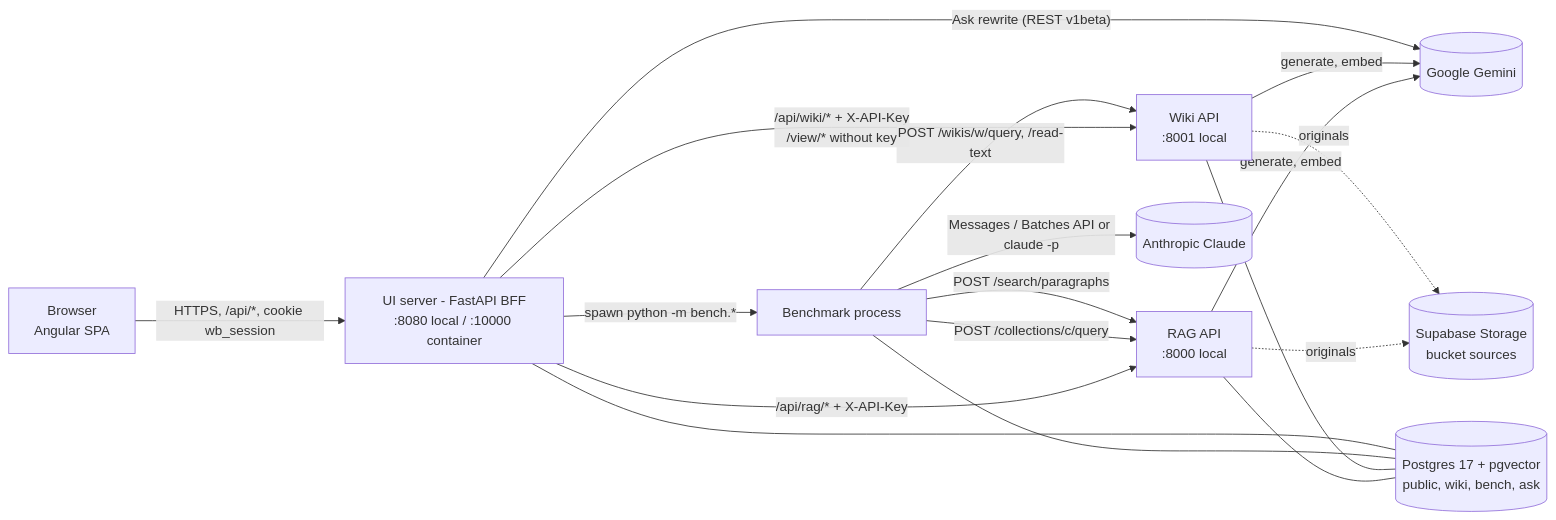
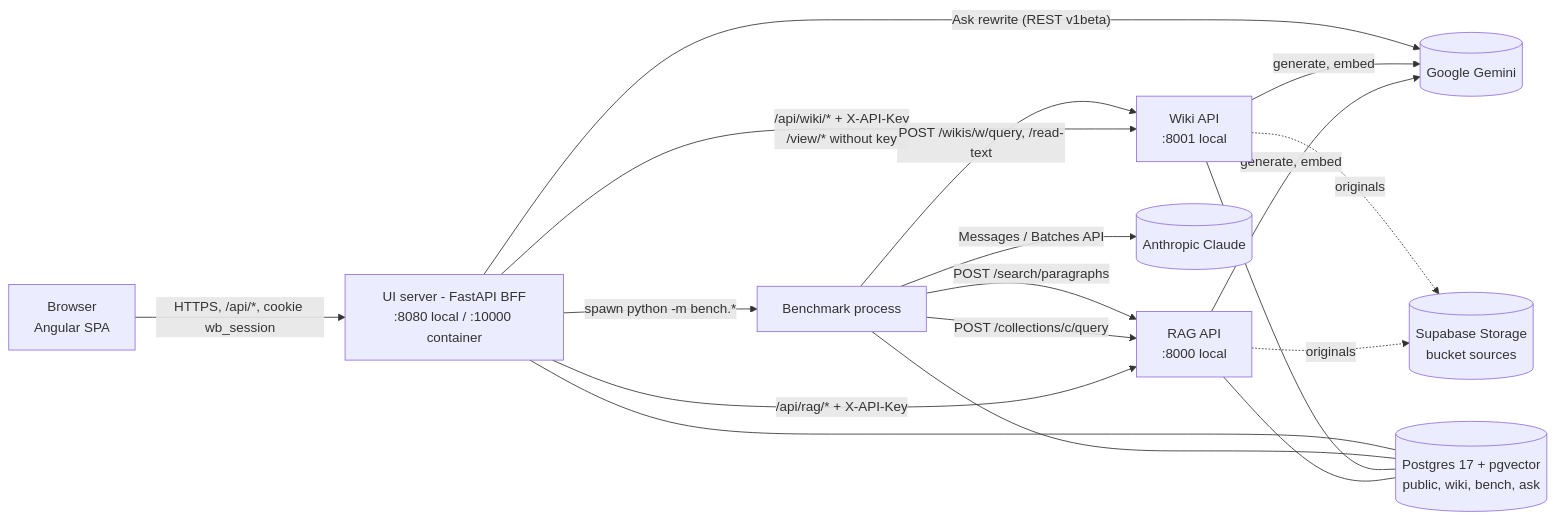
The diagram in METHODOLOGY.md (henrye1/wiki-rag-workbench), drawn with Mermaid before and after one commit. The commit also changed other lines of this file and 4 other files, not shown here.

Commit message:
Docs match the simplified code; ARCHITECTURE.md (draft): the map of the parts, the schema rule, where each job is done and where to fix things

````diff
--- a/METHODOLOGY.md
+++ b/METHODOLOGY.md
@@ -322,20 +321,20 @@
 ```mermaid
 flowchart LR
   B[Browser<br/>Angular SPA] -- "HTTPS, /api/*, cookie wb_session" --> UI[UI server - FastAPI BFF<br/>:8080 local / :10000 container]
   UI -- "/api/rag/* + X-API-Key" --> RAG[RAG API<br/>:8000 local]
   UI -- "/api/wiki/* + X-API-Key<br/>/view/* without key" --> WIKI[Wiki API<br/>:8001 local]
   UI -- "spawn python -m bench.*" --> BENCH[Benchmark process]
   BENCH -- "POST /collections/c/query" --> RAG
   BENCH -- "POST /wikis/w/query, /read-text" --> WIKI
   BENCH -- "POST /search/paragraphs" --> RAG
-  BENCH -- "Messages / Batches API or claude -p" --> CLAUDE[(Anthropic Claude)]
+  BENCH -- "Messages / Batches API" --> CLAUDE[(Anthropic Claude)]
   RAG -- "generate, embed" --> GEM[(Google Gemini)]
   WIKI -- "generate, embed" --> GEM
   UI -- "Ask rewrite (REST v1beta)" --> GEM
   RAG --- DB[(Postgres 17 + pgvector<br/>public, wiki, bench, ask)]
   WIKI --- DB
   BENCH --- DB
   UI --- DB
   RAG -. originals .-> ST[(Supabase Storage<br/>bucket sources)]
   WIKI -. originals .-> ST
 ```
````
